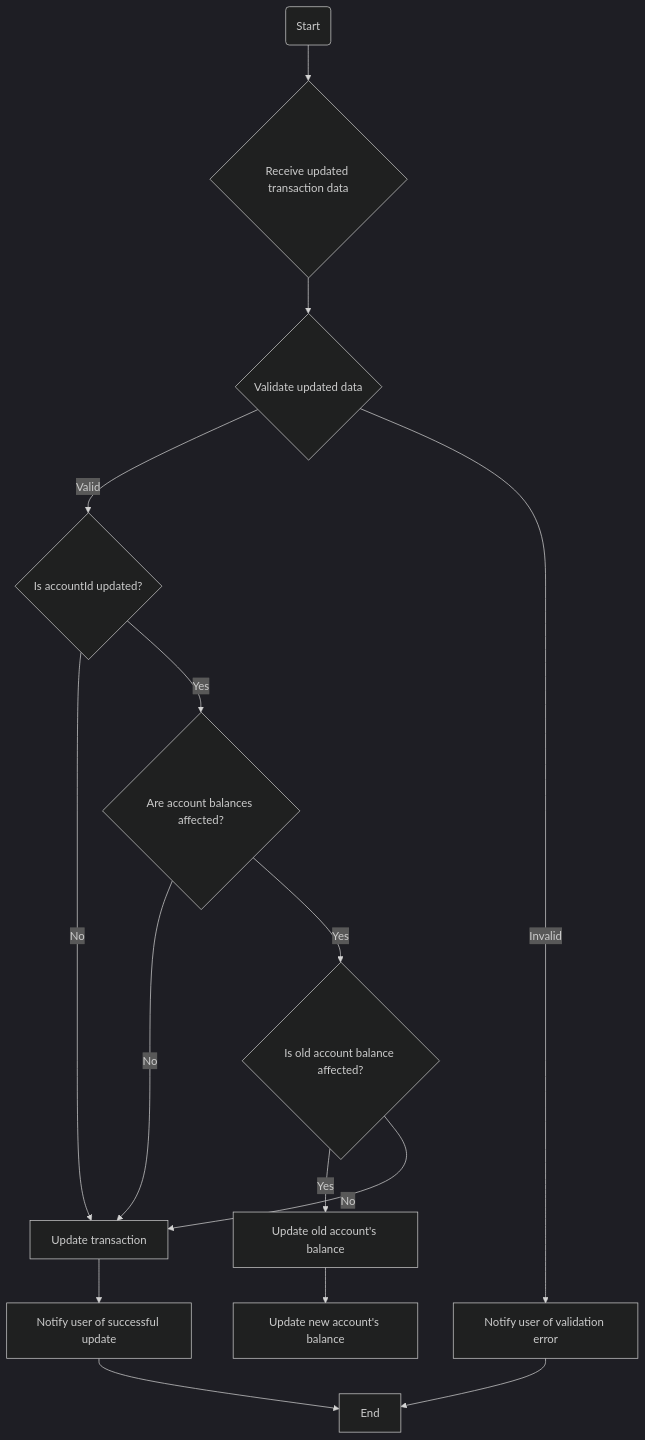
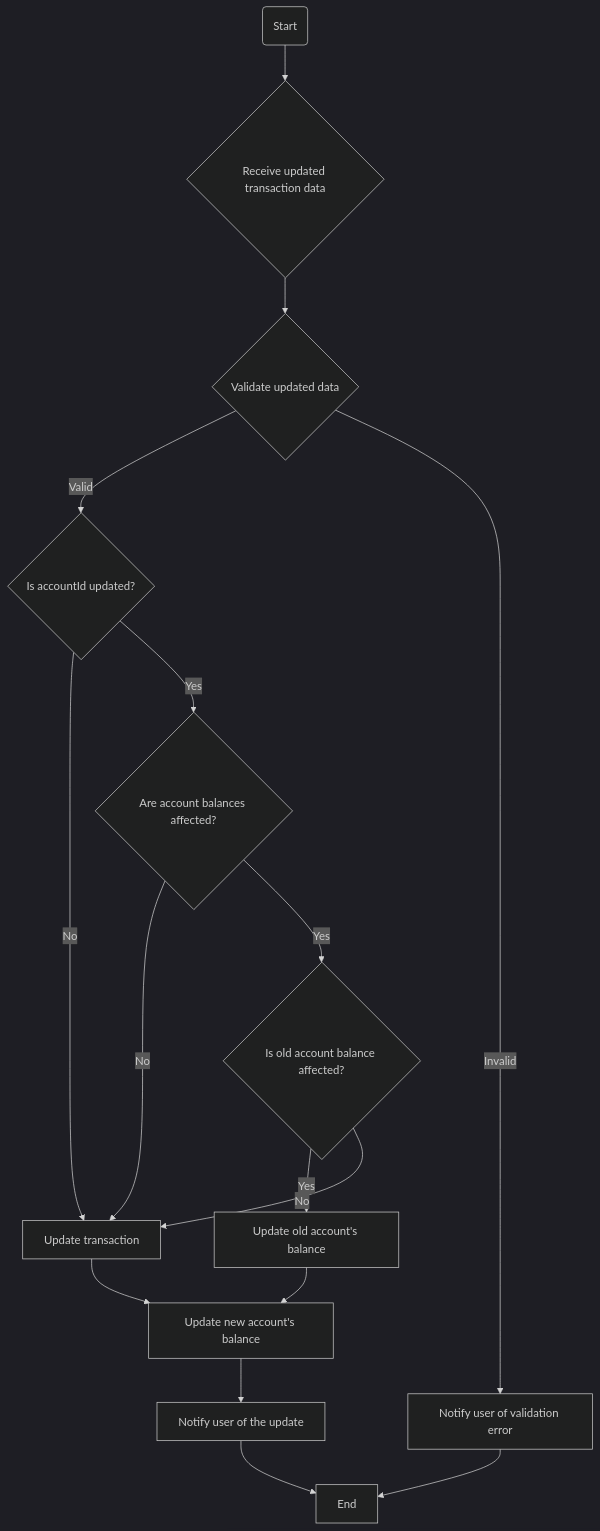
Before and after one commit to BraveHeart-tex/Cash-Stash-v2: the diagram in charts.md, drawn with Mermaid (dark theme).

Commit message:
Fix update transaction bug in charts.md

````diff
--- a/charts.md
+++ b/charts.md
@@ -3,18 +3,19 @@
 ```mermaid
 graph TD;
     Start(Start) --> Input{Receive updated transaction data};
     Input --> Validate{Validate updated data};
     Validate -- Valid --> CheckAccountId;
     Validate -- Invalid --> NotifyError[Notify user of validation error];
     CheckAccountId{Is accountId updated?};
     CheckAccountId -- No --> UpdateTransaction[Update transaction];
     CheckAccountId -- Yes --> CheckAccountBalances{Are account balances affected?};
     CheckAccountBalances -- No --> UpdateTransaction[Update transaction];
     CheckAccountBalances -- Yes --> CheckOldAccountBalance{Is old account balance affected?};
     CheckOldAccountBalance -- Yes --> UpdateOldAccount[Update old account's balance];
     CheckOldAccountBalance -- No --> UpdateTransaction[Update transaction];
     UpdateOldAccount --> UpdateNewAccount[Update new account's balance];
-    UpdateTransaction --> NotifySuccess[Notify user of successful update];
+    UpdateTransaction --> UpdateNewAccount[Update new account's balance];
+    UpdateNewAccount --> NotifySucess[Notify user of the update]
     NotifyError --> End[End];
-    NotifySuccess --> End;
+    NotifySucess --> End[End]
 ```
````
